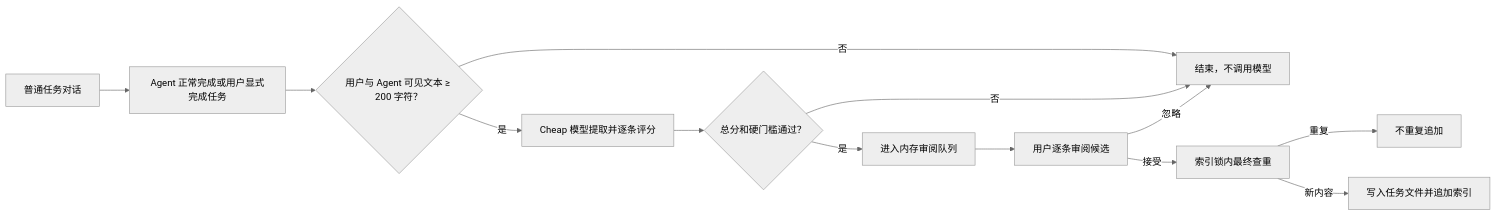
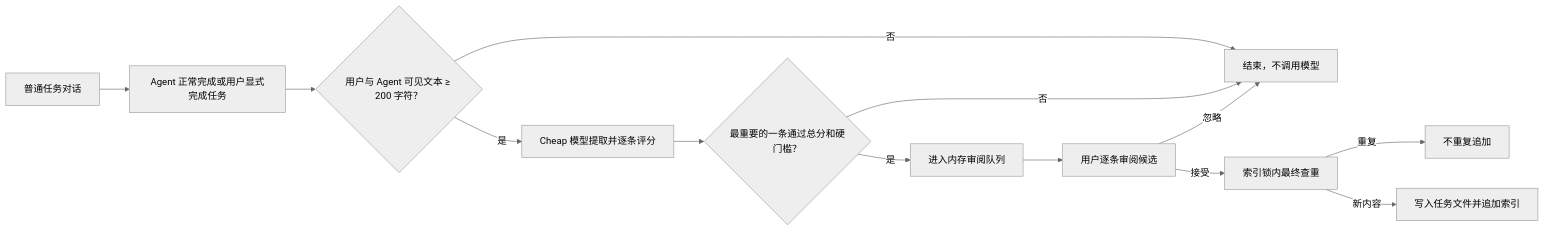
One commit to YachuanWzh/flavor-code changed the diagram in docs/superpowers/specs/2026-07-22-task-memory-v2-design.md. Above: the diagram before and after it, drawn with Mermaid (neutral theme). The commit also changed other lines of this file and 13 other files, not shown here.

````diff
--- a/docs/superpowers/specs/2026-07-22-task-memory-v2-design.md
+++ b/docs/superpowers/specs/2026-07-22-task-memory-v2-design.md
@@ -20,15 +24,15 @@
 ```mermaid
 flowchart LR
     A["普通任务对话"] --> B["Agent 正常完成或用户显式完成任务"]
     B --> C{"用户与 Agent 可见文本 ≥ 200 字符？"}
     C -->|否| Z["结束，不调用模型"]
     C -->|是| D["Cheap 模型提取并逐条评分"]
-    D --> E{"总分和硬门槛通过？"}
+    D --> E{"最重要的一条通过总分和硬门槛？"}
     E -->|否| Z
     E -->|是| F["进入内存审阅队列"]
     F --> G["用户逐条审阅候选"]
     G -->|忽略| Z
     G -->|接受| H["索引锁内最终查重"]
     H -->|重复| I["不重复追加"]
     H -->|新内容| J["写入任务文件并追加索引"]
 ```
````
